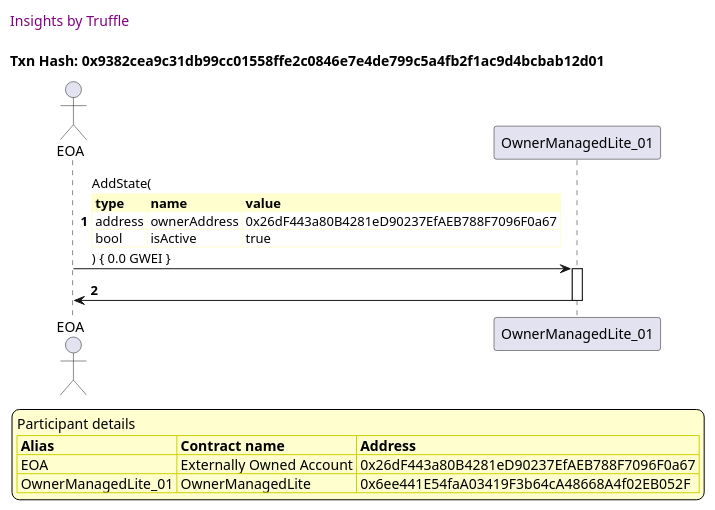
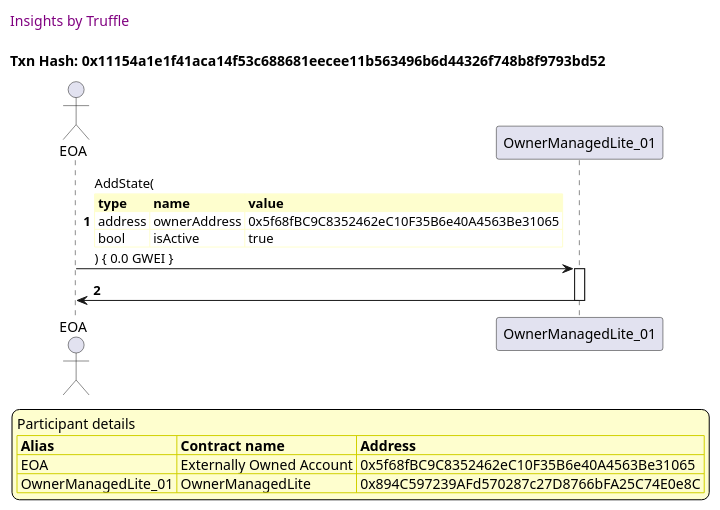
One commit to thedarkjester/ConsensysAssignment changed diagram 11 of 16 in truffle-seq/OwnerManagedLite_test_activate_deactivate_dapp.md. Above: the diagram before and after it, drawn with PlantUML. The commit also changed other lines of this file and 13 other files, not shown here.

````diff
--- a/truffle-seq/OwnerManagedLite_test_activate_deactivate_dapp.md
+++ b/truffle-seq/OwnerManagedLite_test_activate_deactivate_dapp.md
@@ -479,41 +479,41 @@
 ```plantuml
 
 
 @startuml
 
 autonumber
 skinparam legendBackgroundColor #FEFECE
 
 <style>
       header {
         HorizontalAlignment left
         FontColor purple
         FontSize 14
         Padding 10
       }
     </style>
 
 header Insights by Truffle
 
-title Txn Hash: 0x9382cea9c31db99cc01558ffe2c0846e7e4de799c5a4fb2f1ac9d4bcbab12d01
+title Txn Hash: 0x11154a1e1f41aca14f53c688681eecee11b563496b6d44326f748b8f9793bd52
 
 
 actor EOA as "EOA"
 participant OwnerManagedLite_01 as "OwnerManagedLite_01"
 
 "EOA" -> "OwnerManagedLite_01" ++: AddState(\n\
 <#FEFECE,#FEFECE>|= type |= name |= value |\n\
-| address | ownerAddress | 0x26dF443a80B4281eD90237EfAEB788F7096F0a67 |\n\
+| address | ownerAddress | 0x5f68fBC9C8352462eC10F35B6e40A4563Be31065 |\n\
 | bool | isActive | true |\n\
 ) { 0.0 GWEI }
 "OwnerManagedLite_01" -> "EOA" --: 
 
 legend
 Participant details
 <#FEFECE,#D0D000>|= Alias |= Contract name |= Address |
-<#FEFECE>| EOA | Externally Owned Account | 0x26dF443a80B4281eD90237EfAEB788F7096F0a67 |
-<#FEFECE>| OwnerManagedLite_01 | OwnerManagedLite | 0x6ee441E54faA03419F3b64cA48668A4f02EB052F |
+<#FEFECE>| EOA | Externally Owned Account | 0x5f68fBC9C8352462eC10F35B6e40A4563Be31065 |
+<#FEFECE>| OwnerManagedLite_01 | OwnerManagedLite | 0x894C597239AFd570287c27D8766bFA25C74E0e8C |
 endlegend
 
 @enduml
 ```
````
